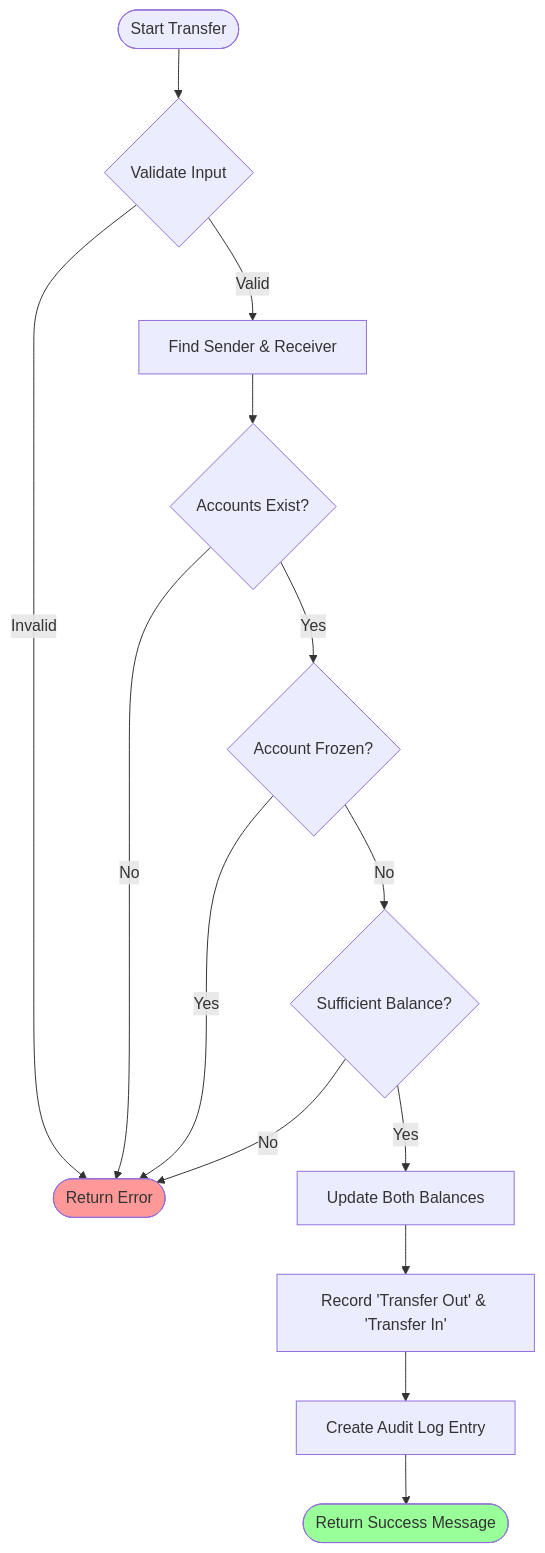
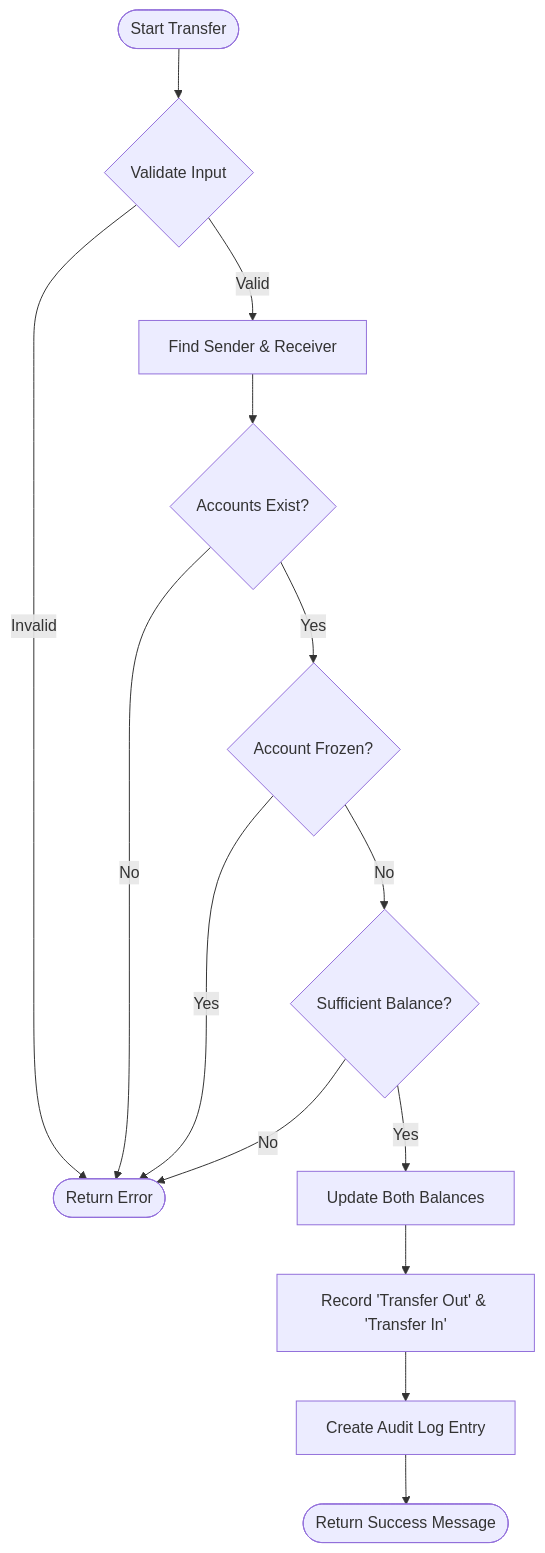
One commit to Yopa28/minibank changed the second of 3 diagrams in README.md. Above: the diagram before and after it, drawn with Mermaid. The commit also changed other lines of this file, not shown here.

Commit message:
Update README.md with Fullstack architecture and frontend features

````diff
--- a/README.md
+++ b/README.md
@@ -42,23 +67,20 @@
 ```mermaid
 flowchart TD
     Start([Start Transfer]) --> Validate{Validate Input}
     Validate -- Invalid --> Error([Return Error])
     Validate -- Valid --> FindAccounts[Find Sender & Receiver]
     
     FindAccounts --> Exists{Accounts Exist?}
     Exists -- No --> Error
     Exists -- Yes --> Frozen{Account Frozen?}
     
     Frozen -- Yes --> Error
     Frozen -- No --> Balance{Sufficient Balance?}
     
     Balance -- No --> Error
     Balance -- Yes --> Update[Update Both Balances]
     
     Update --> Log[Record 'Transfer Out' & 'Transfer In']
     Log --> Audit[Create Audit Log Entry]
     Audit --> Success([Return Success Message])
-
-    style Error fill:#ff9999
-    style Success fill:#99ff99
 ```
````
